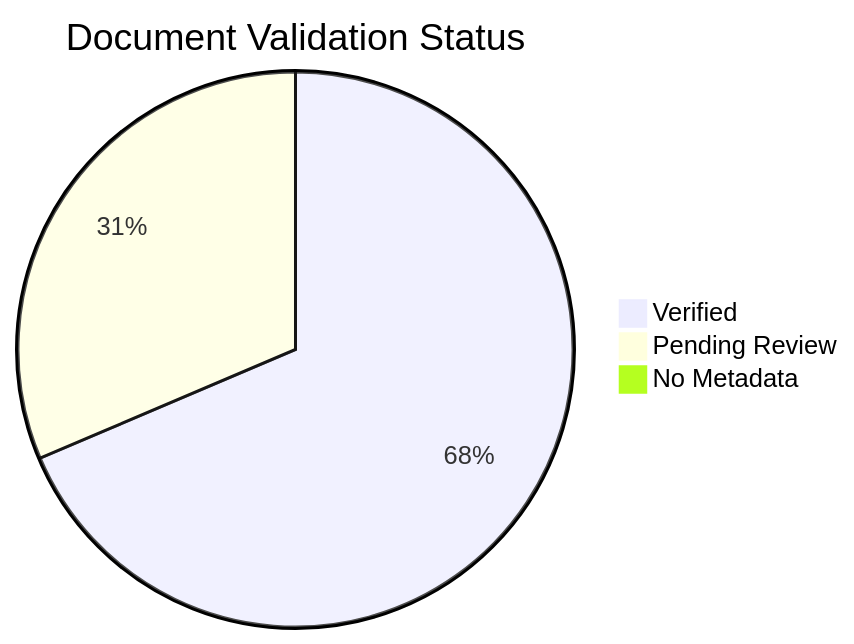
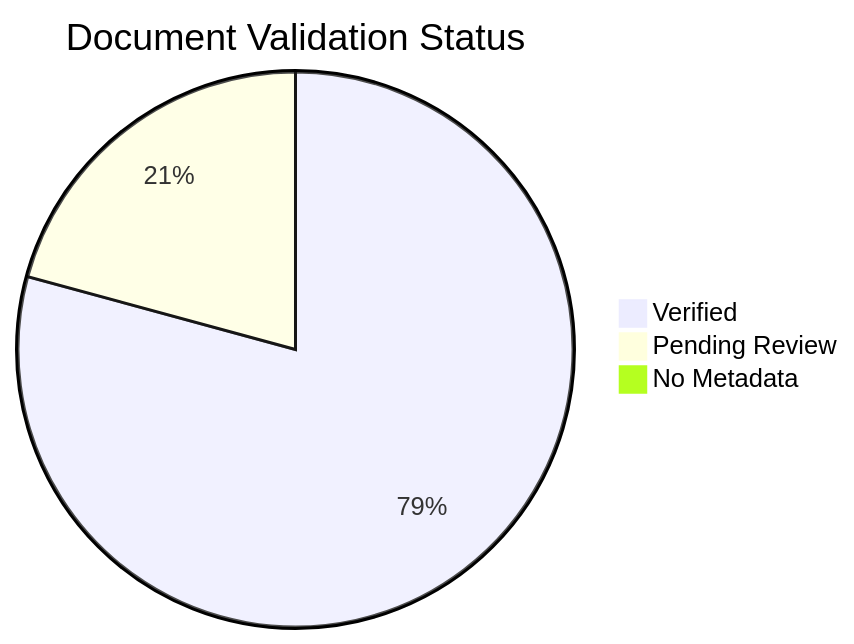
The diagram in docs/reference/content-validation-status.md (yeongseon/azure-container-apps-practical-guide), drawn with Mermaid before and after one commit. The commit also changed other lines of this file and 28 other files, not shown here.

````diff
--- a/docs/reference/content-validation-status.md
+++ b/docs/reference/content-validation-status.md
@@ -35,6 +35,6 @@
 ```mermaid
 pie title Document Validation Status
-    "Verified" : 142
-    "Pending Review" : 65
+    "Verified" : 164
+    "Pending Review" : 43
     "No Metadata" : 1
 ```
````
